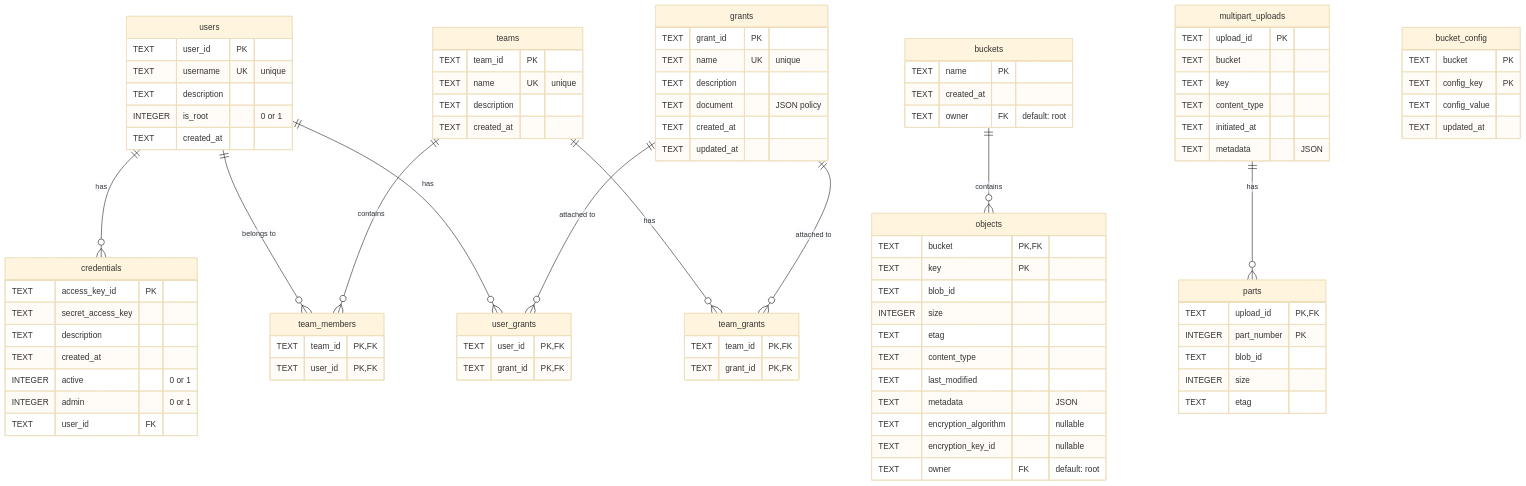
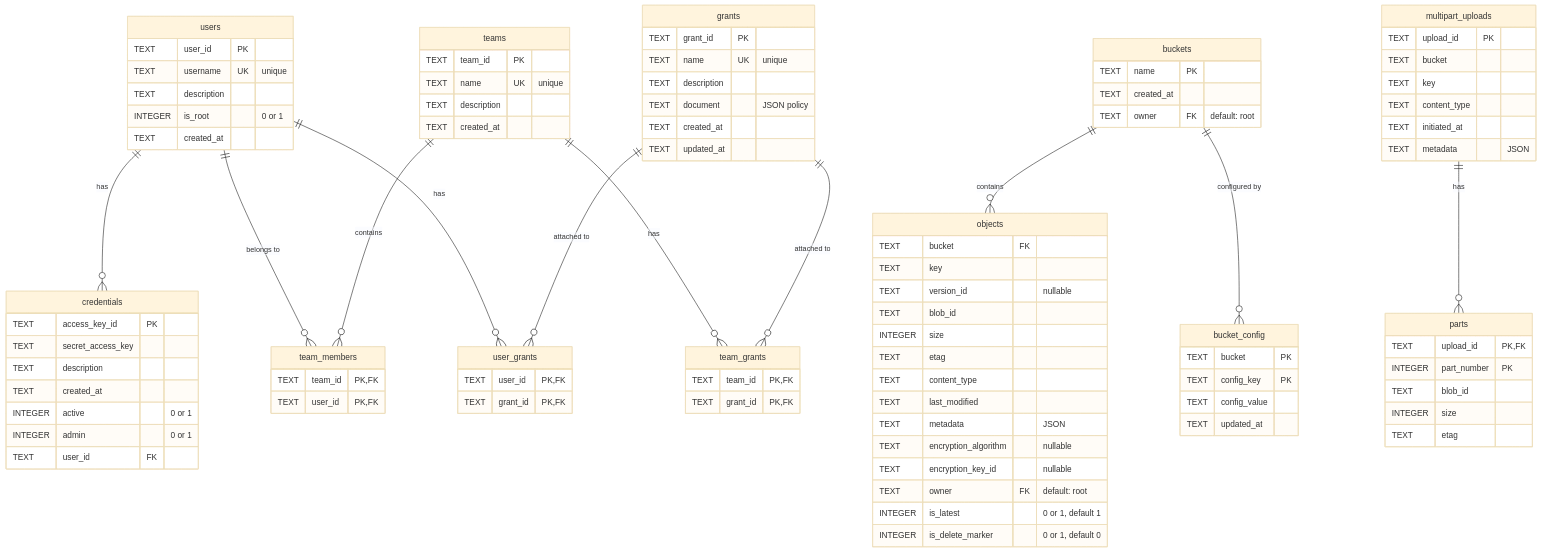
Before and after one commit to dxc-technology/arca: the fourth of 5 diagrams in documentation/docs/reference/architecture.md, drawn with Mermaid (base theme). The commit also changed other lines of this file and 1 other file, not shown here.

First line of the commit message:
Docs: update database schema for Phase 17 (versioning)

````diff
--- a/documentation/docs/reference/architecture.md
+++ b/documentation/docs/reference/architecture.md
@@ -193,8 +193,9 @@
     }
 
     objects {
-        TEXT bucket PK,FK
-        TEXT key PK
+        TEXT bucket FK
+        TEXT key
+        TEXT version_id "nullable"
         TEXT blob_id
         INTEGER size
         TEXT etag
@@ -204,6 +205,8 @@
         TEXT encryption_algorithm "nullable"
         TEXT encryption_key_id "nullable"
         TEXT owner FK "default: root"
+        INTEGER is_latest "0 or 1, default 1"
+        INTEGER is_delete_marker "0 or 1, default 0"
     }
 
     multipart_uploads {
@@ -238,5 +241,6 @@
     teams ||--o{ team_grants : "has"
     grants ||--o{ team_grants : "attached to"
     buckets ||--o{ objects : "contains"
+    buckets ||--o{ bucket_config : "configured by"
     multipart_uploads ||--o{ parts : "has"
 ```
````
